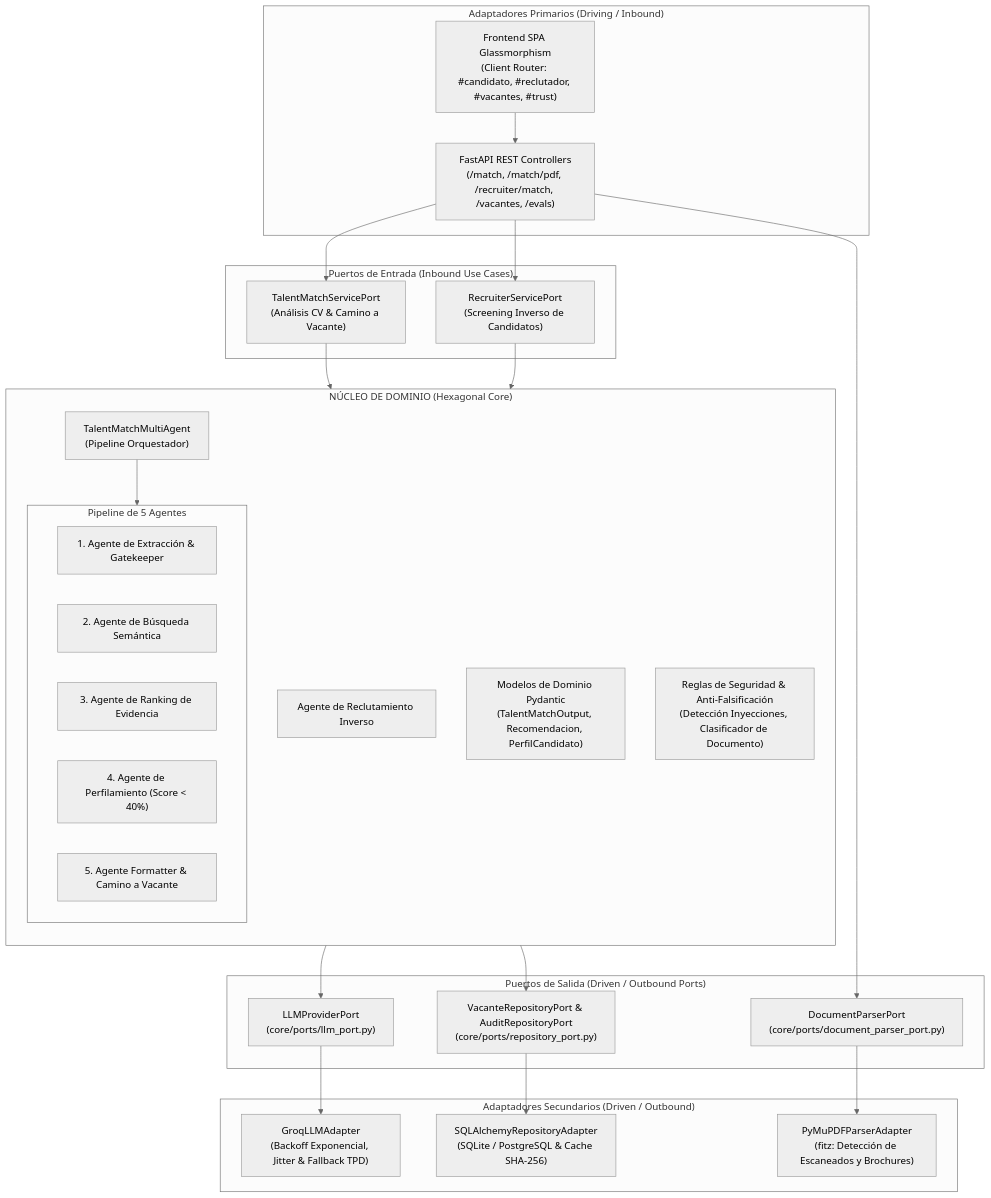
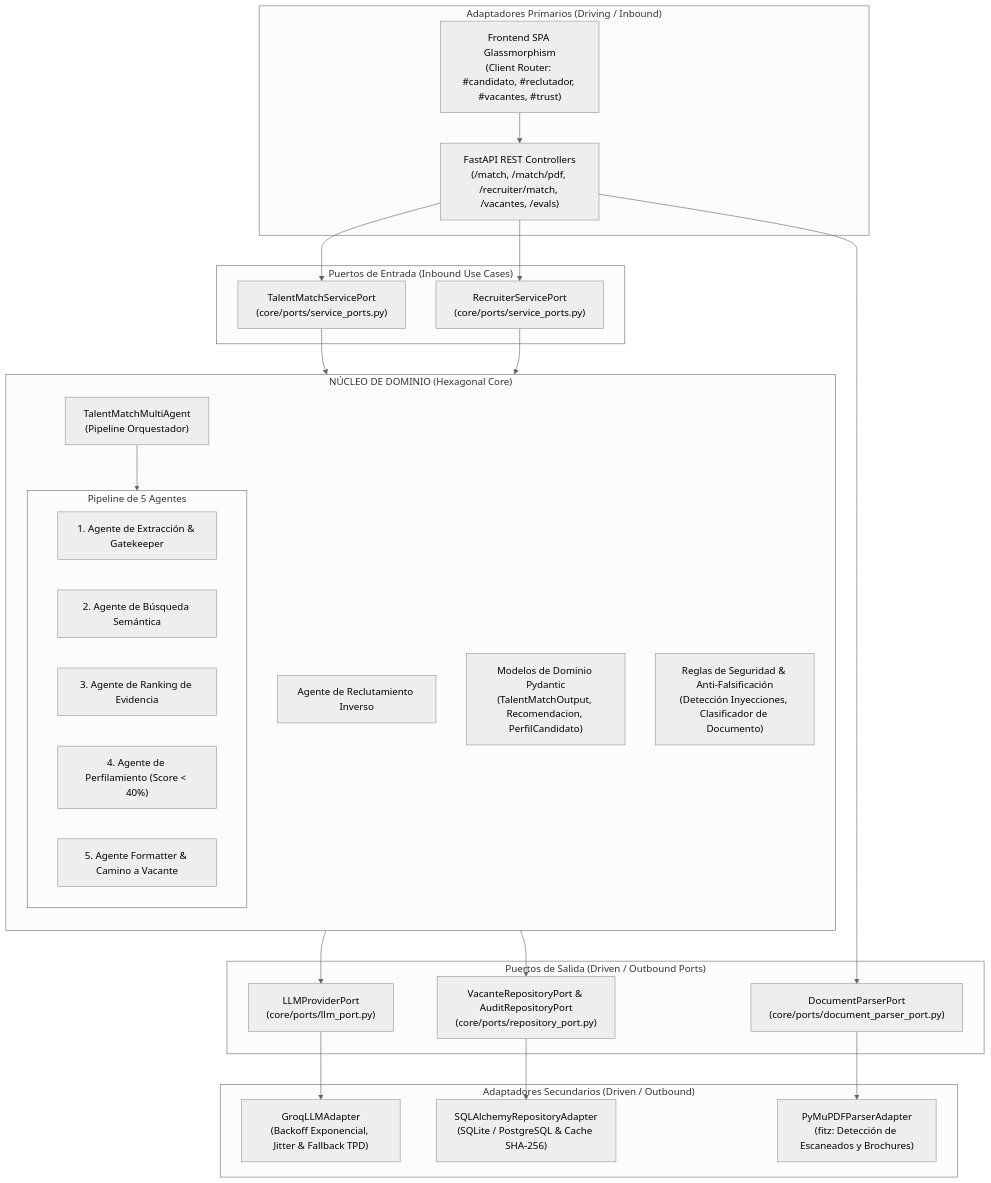
Before and after one commit to 0racleX/TalentMatch_Makers: the diagram in docs/ARCHITECTURE.md, drawn with Mermaid (neutral theme). The commit also changed other lines of this file and 186 other files, not shown here.

````diff
--- a/docs/ARCHITECTURE.md
+++ b/docs/ARCHITECTURE.md
@@ -30,53 +30,53 @@
 ```mermaid
 flowchart TD
     subgraph DrivingAdapters ["Adaptadores Primarios (Driving / Inbound)"]
         UI["Frontend SPA Glassmorphism<br/>(Client Router: #candidato, #reclutador, #vacantes, #trust)"]
         API["FastAPI REST Controllers<br/>(/match, /match/pdf, /recruiter/match, /vacantes, /evals)"]
     end
 
     subgraph DrivingPorts ["Puertos de Entrada (Inbound Use Cases)"]
-        P_Match["TalentMatchServicePort<br/>(Análisis CV & Camino a Vacante)"]
-        P_Recruiter["RecruiterServicePort<br/>(Screening Inverso de Candidatos)"]
+        P_Match["TalentMatchServicePort<br/>(core/ports/service_ports.py)"]
+        P_Recruiter["RecruiterServicePort<br/>(core/ports/service_ports.py)"]
     end
 
     subgraph DomainCore ["NÚCLEO DE DOMINIO (Hexagonal Core)"]
         direction TB
         MultiAgent["TalentMatchMultiAgent<br/>(Pipeline Orquestador)"]
         subgraph AgentsPipeline ["Pipeline de 5 Agentes"]
             A1["1. Agente de Extracción & Gatekeeper"]
             A2["2. Agente de Búsqueda Semántica"]
             A3["3. Agente de Ranking de Evidencia"]
             A4["4. Agente de Perfilamiento (Score < 40%)"]
             A5["5. Agente Formatter & Camino a Vacante"]
         end
         RecAgent["Agente de Reclutamiento Inverso"]
         DomainModels["Modelos de Dominio Pydantic<br/>(TalentMatchOutput, Recomendacion, PerfilCandidato)"]
         SecurityRules["Reglas de Seguridad & Anti-Falsificación<br/>(Detección Inyecciones, Clasificador de Documento)"]
     end
 
     subgraph DrivenPorts ["Puertos de Salida (Driven / Outbound Ports)"]
         P_LLM["LLMProviderPort<br/>(core/ports/llm_port.py)"]
         P_Parser["DocumentParserPort<br/>(core/ports/document_parser_port.py)"]
         P_Repo["VacanteRepositoryPort & AuditRepositoryPort<br/>(core/ports/repository_port.py)"]
     end
 
     subgraph DrivenAdapters ["Adaptadores Secundarios (Driven / Outbound)"]
         A_Groq["GroqLLMAdapter<br/>(Backoff Exponencial, Jitter & Fallback TPD)"]
         A_PDF["PyMuPDFParserAdapter<br/>(fitz: Detección de Escaneados y Brochures)"]
         A_DB["SQLAlchemyRepositoryAdapter<br/>(SQLite / PostgreSQL & Cache SHA-256)"]
     end
 
     UI --> API
     API --> P_Match
     API --> P_Recruiter
     P_Match --> MultiAgent
     P_Recruiter --> RecAgent
     MultiAgent --> AgentsPipeline
     AgentsPipeline --> P_LLM
     AgentsPipeline --> P_Repo
     API --> P_Parser
 
     P_LLM --> A_Groq
     P_Parser --> A_PDF
     P_Repo --> A_DB
 ```
````
